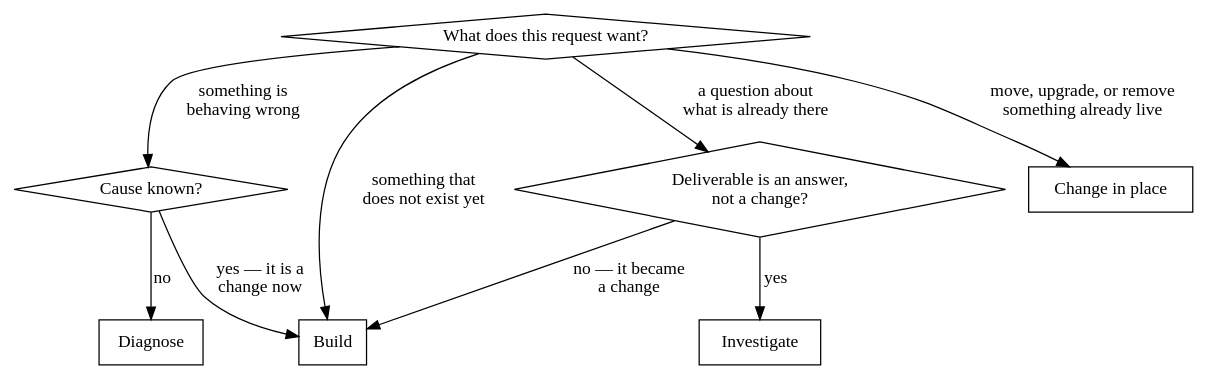
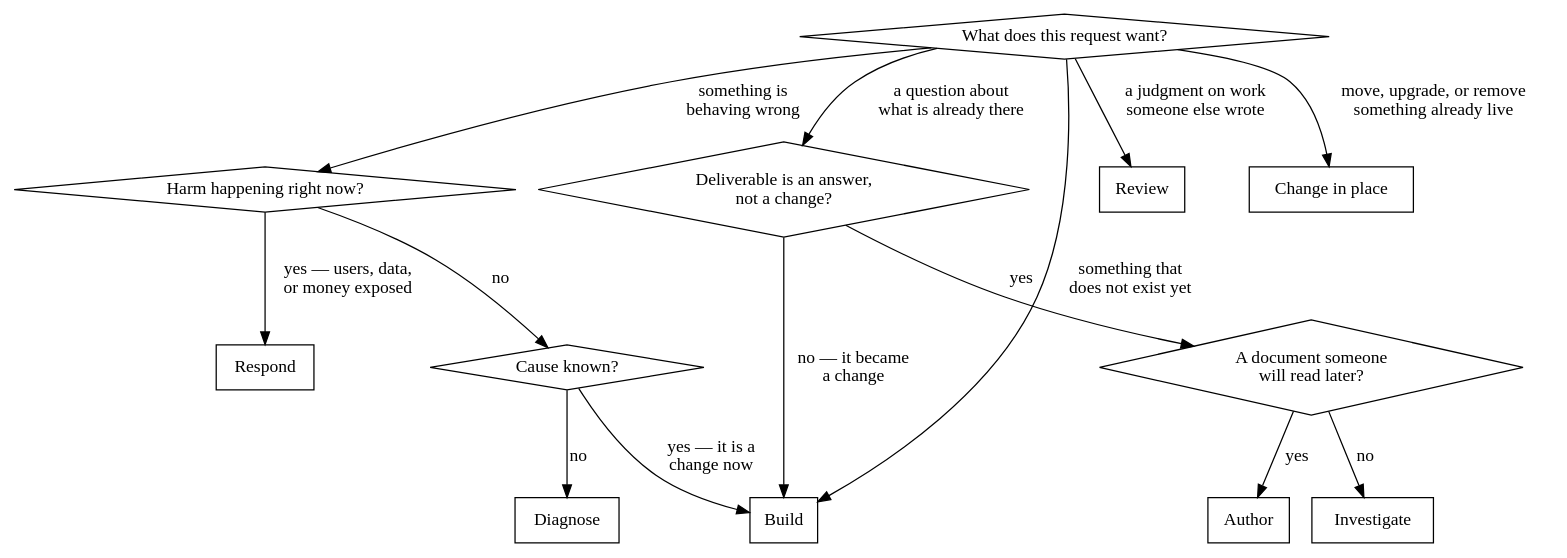
One commit to LeSplooch/tbaguette-skills changed the diagram in skills/orchestrating-work-end-to-end/SKILL.md. Above: the diagram before and after it, drawn with Graphviz. The commit also changed other lines of this file and 122 other files, not shown here.

````diff
--- a/skills/orchestrating-work-end-to-end/SKILL.md
+++ b/skills/orchestrating-work-end-to-end/SKILL.md
@@ -63,20 +70,30 @@
 ```dot
 digraph track_selection {
     "What does this request want?" [shape=diamond];
+    "Harm happening right now?" [shape=diamond];
     "Cause known?" [shape=diamond];
     "Deliverable is an answer,\nnot a change?" [shape=diamond];
+    "A document someone\nwill read later?" [shape=diamond];
     "Build" [shape=box];
+    "Respond" [shape=box];
     "Diagnose" [shape=box];
     "Investigate" [shape=box];
+    "Author" [shape=box];
+    "Review" [shape=box];
     "Change in place" [shape=box];
 
     "What does this request want?" -> "Build" [label="something that\ndoes not exist yet"];
-    "What does this request want?" -> "Cause known?" [label="something is\nbehaving wrong"];
+    "What does this request want?" -> "Harm happening right now?" [label="something is\nbehaving wrong"];
+    "Harm happening right now?" -> "Respond" [label="yes — users, data,\nor money exposed"];
+    "Harm happening right now?" -> "Cause known?" [label="no"];
     "Cause known?" -> "Build" [label="yes — it is a\nchange now"];
     "Cause known?" -> "Diagnose" [label="no"];
+    "What does this request want?" -> "Review" [label="a judgment on work\nsomeone else wrote"];
     "What does this request want?" -> "Deliverable is an answer,\nnot a change?" [label="a question about\nwhat is already there"];
-    "Deliverable is an answer,\nnot a change?" -> "Investigate" [label="yes"];
+    "Deliverable is an answer,\nnot a change?" -> "A document someone\nwill read later?" [label="yes"];
+    "A document someone\nwill read later?" -> "Author" [label="yes"];
+    "A document someone\nwill read later?" -> "Investigate" [label="no"];
     "Deliverable is an answer,\nnot a change?" -> "Build" [label="no — it became\na change"];
     "What does this request want?" -> "Change in place" [label="move, upgrade, or remove\nsomething already live"];
 }
 ```
````
